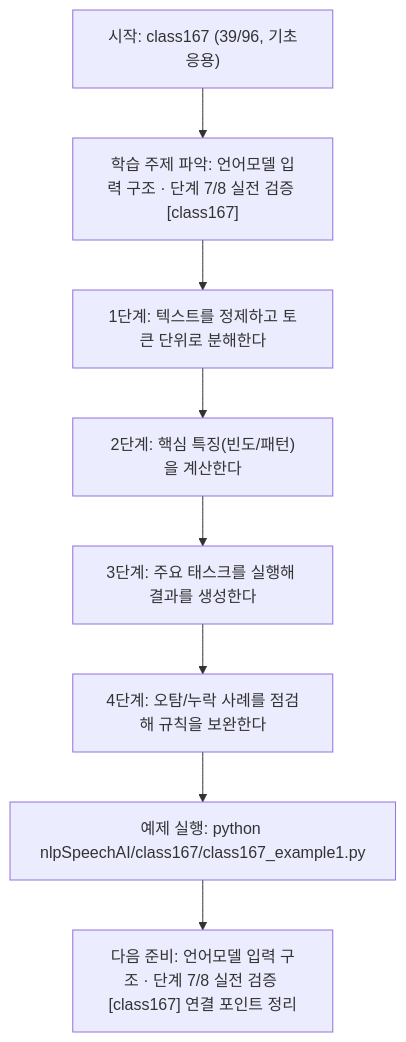
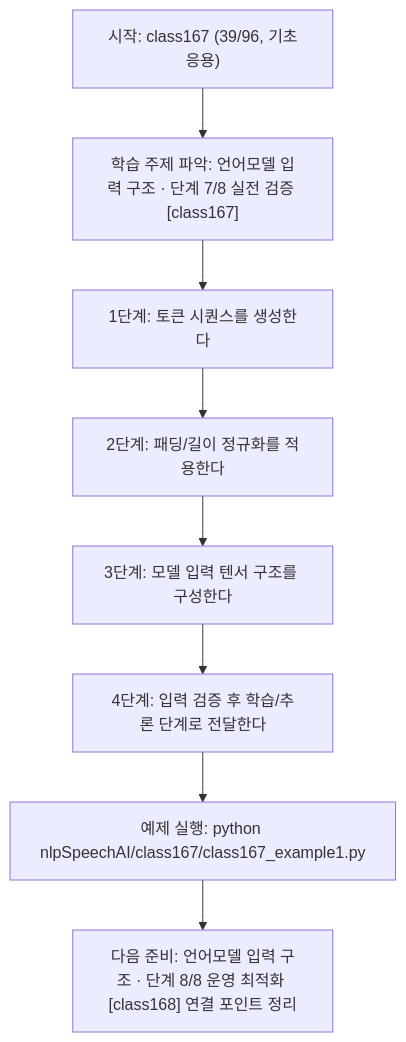
Before and after one commit to edumgt/Python-AI_Agent-Class: the diagram in nlpSpeechAI/class167/class167.md, drawn with Mermaid. The commit also changed other lines of this file and 1122 other files, not shown here.

````diff
--- a/nlpSpeechAI/class167/class167.md
+++ b/nlpSpeechAI/class167/class167.md
@@ -114,18 +95,18 @@
 ```mermaid
 flowchart TD
 N1["시작: class167 (39/96, 기초응용)"]
 N2["학습 주제 파악: 언어모델 입력 구조 · 단계 7/8 실전 검증 [class167]"]
-N3["1단계: 텍스트를 정제하고 토큰 단위로 분해한다"]
-N4["2단계: 핵심 특징(빈도/패턴)을 계산한다"]
-N5["3단계: 주요 태스크를 실행해 결과를 생성한다"]
-N6["4단계: 오탐/누락 사례를 점검해 규칙을 보완한다"]
+N3["1단계: 토큰 시퀀스를 생성한다"]
+N4["2단계: 패딩/길이 정규화를 적용한다"]
+N5["3단계: 모델 입력 텐서 구조를 구성한다"]
+N6["4단계: 입력 검증 후 학습/추론 단계로 전달한다"]
 N7["예제 실행: python nlpSpeechAI/class167/class167_example1.py"]
-N8["다음 준비: 언어모델 입력 구조 · 단계 7/8 실전 검증 [class167] 연결 포인트 정리"]
+N8["다음 준비: 언어모델 입력 구조 · 단계 8/8 운영 최적화 [class168] 연결 포인트 정리"]
 N1 --> N2
 N2 --> N3
 N3 --> N4
 N4 --> N5
 N5 --> N6
 N6 --> N7
 N7 --> N8
 ```
````
